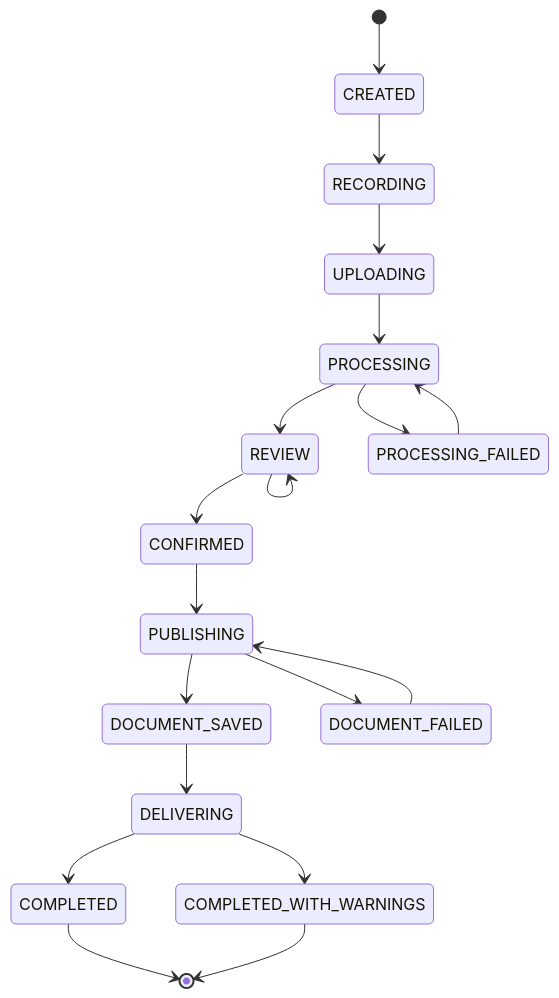
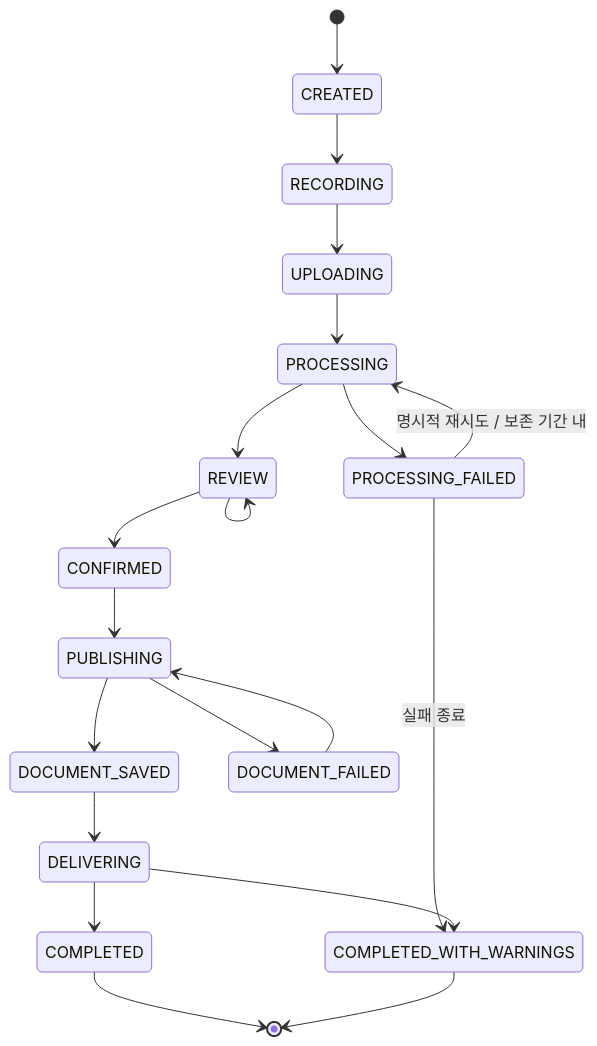
Before and after one commit to donghyunlee-dev/meeting-automation: the fourth of 7 diagrams in docs/product/PRD.md, drawn with Mermaid. The commit also changed other lines of this file and 12 other files, not shown here.

````diff
--- a/docs/product/PRD.md
+++ b/docs/product/PRD.md
@@ -418,21 +438,22 @@
 ``` mermaid
 stateDiagram-v2
     [*] --> CREATED
     CREATED --> RECORDING
     RECORDING --> UPLOADING
     UPLOADING --> PROCESSING
     PROCESSING --> REVIEW
     PROCESSING --> PROCESSING_FAILED
-    PROCESSING_FAILED --> PROCESSING
+    PROCESSING_FAILED --> PROCESSING : 명시적 재시도 / 보존 기간 내
+    PROCESSING_FAILED --> COMPLETED_WITH_WARNINGS : 실패 종료
     REVIEW --> REVIEW
     REVIEW --> CONFIRMED
     CONFIRMED --> PUBLISHING
     PUBLISHING --> DOCUMENT_SAVED
     PUBLISHING --> DOCUMENT_FAILED
     DOCUMENT_FAILED --> PUBLISHING
     DOCUMENT_SAVED --> DELIVERING
     DELIVERING --> COMPLETED
     DELIVERING --> COMPLETED_WITH_WARNINGS
     COMPLETED --> [*]
     COMPLETED_WITH_WARNINGS --> [*]
 ```
````
